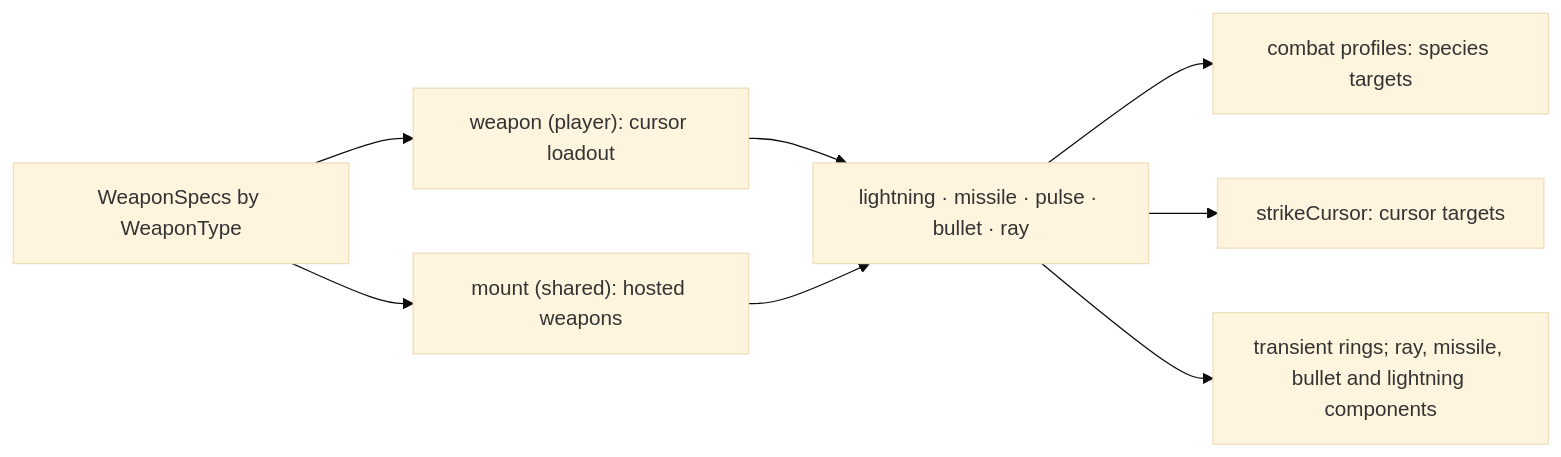
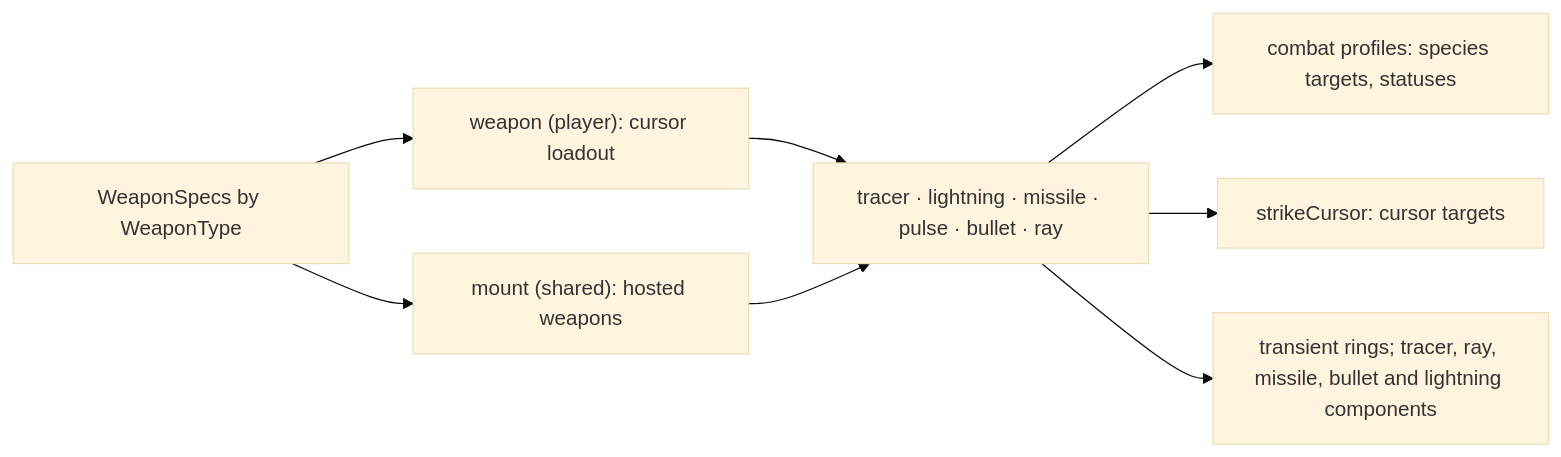
The diagram in doc/combat.md (lixenwraith/vif), drawn with Mermaid (base theme) before and after one commit. The commit also changed other lines of this file and 96 other files, not shown here.

````diff
--- a/doc/combat.md
+++ b/doc/combat.md
@@ -29,10 +30,10 @@
 ```mermaid
 flowchart LR
     Spec["WeaponSpecs by WeaponType"] --> Weapon["weapon (player): cursor loadout"]
     Spec --> Mount["mount (shared): hosted weapons"]
-    Weapon --> Delivery["lightning · missile · pulse · bullet · ray"]
+    Weapon --> Delivery["tracer · lightning · missile · pulse · bullet · ray"]
     Mount --> Delivery
-    Delivery --> Combat["combat profiles: species targets"]
+    Delivery --> Combat["combat profiles: species targets, statuses"]
     Delivery --> Strike["strikeCursor: cursor targets"]
-    Delivery --> Presented["transient rings; ray, missile, bullet and lightning components"]
+    Delivery --> Presented["transient rings; tracer, ray, missile, bullet and lightning components"]
 ```
````
